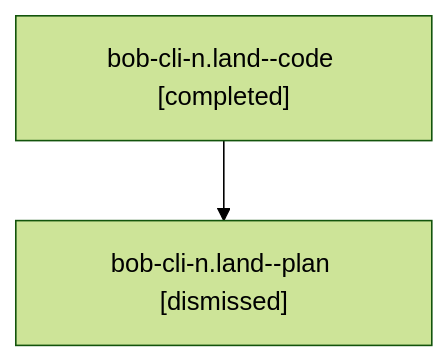
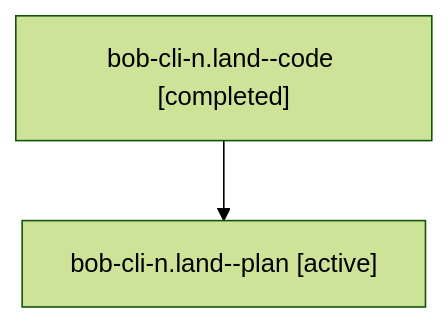
Before and after one commit to bobs-org/bob-cli--agents: the diagram in families/bbugyi200.athena.bob-cli-n.land.md, drawn with Mermaid (forest theme). The commit also changed other lines of this file and 1279 other files, not shown here.

````diff
--- a/families/bbugyi200.athena.bob-cli-n.land.md
+++ b/families/bbugyi200.athena.bob-cli-n.land.md
@@ -9,6 +9,6 @@
 ```mermaid
 flowchart TD
   n0["bob-cli-n.land--code [completed]"]
-  n1["bob-cli-n.land--plan [dismissed]"]
+  n1["bob-cli-n.land--plan [active]"]
   n0 --> n1
 ```
````
